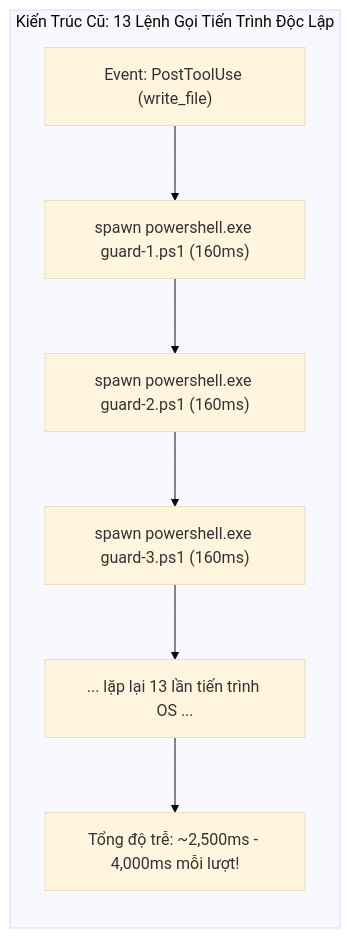
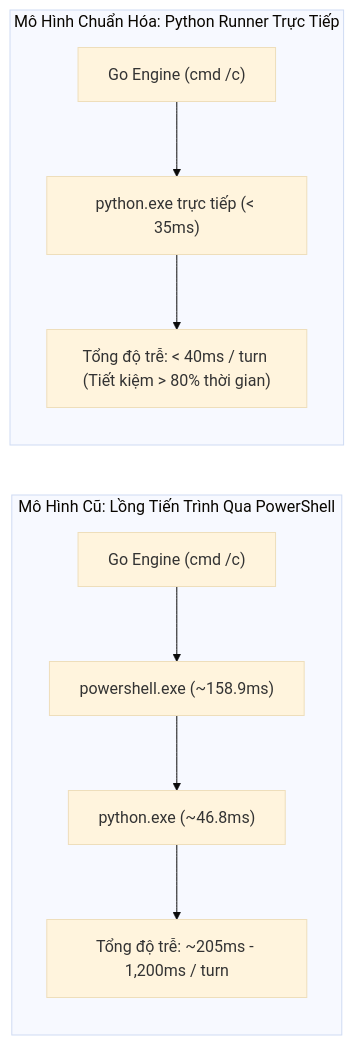
Before and after one commit to vuthuonghai-steve/auto-rep-zalo: the second of 4 diagrams in Docs/AGENTS_ANALYSTS/harness-architecture-evaluation/02-domain-dispatcher-hook-pattern.md, drawn with Mermaid (base theme). The commit also changed other lines of this file and 1 other file, not shown here.

Commit message:
feat(integration): integrate 192 tests into central runner and update doc 02 evaluation report for T008

````diff
--- a/Docs/AGENTS_ANALYSTS/harness-architecture-evaluation/02-domain-dispatcher-hook-pattern.md
+++ b/Docs/AGENTS_ANALYSTS/harness-architecture-evaluation/02-domain-dispatcher-hook-pattern.md
@@ -27,11 +72,15 @@
 ```mermaid
-flowchart TD
-    subgraph LegacyEngine["Kiến Trúc Cũ: 13 Lệnh Gọi Tiến Trình Độc Lập"]
+flowchart LR
+    subgraph PSHazard["Mô Hình Cũ: Lồng Tiến Trình Qua PowerShell"]
         direction TB
-        HookTrigger["Event: PostToolUse (write_file)"] --> P1["spawn powershell.exe guard-1.ps1 (160ms)"]
-        P1 --> P2["spawn powershell.exe guard-2.ps1 (160ms)"]
-        P2 --> P3["spawn powershell.exe guard-3.ps1 (160ms)"]
-        P3 --> PN["... lặp lại 13 lần tiến trình OS ..."]
-        PN --> Finish["Tổng độ trễ: ~2,500ms - 4,000ms mỗi lượt!"]
+        Go1["Go Engine (cmd /c)"] --> PS["powershell.exe (~158.9ms)"]
+        PS --> Py1["python.exe (~46.8ms)"]
+        Py1 --> Res1["Tổng độ trễ: ~205ms - 1,200ms / turn"]
+    end
+
+    subgraph DirectPython["Mô Hình Chuẩn Hóa: Python Runner Trực Tiếp"]
+        direction TB
+        Go2["Go Engine (cmd /c)"] --> Py2["python.exe trực tiếp (< 35ms)"]
+        Py2 --> Res2["Tổng độ trễ: < 40ms / turn (Tiết kiệm > 80% thời gian)"]
     end
 ```
````
